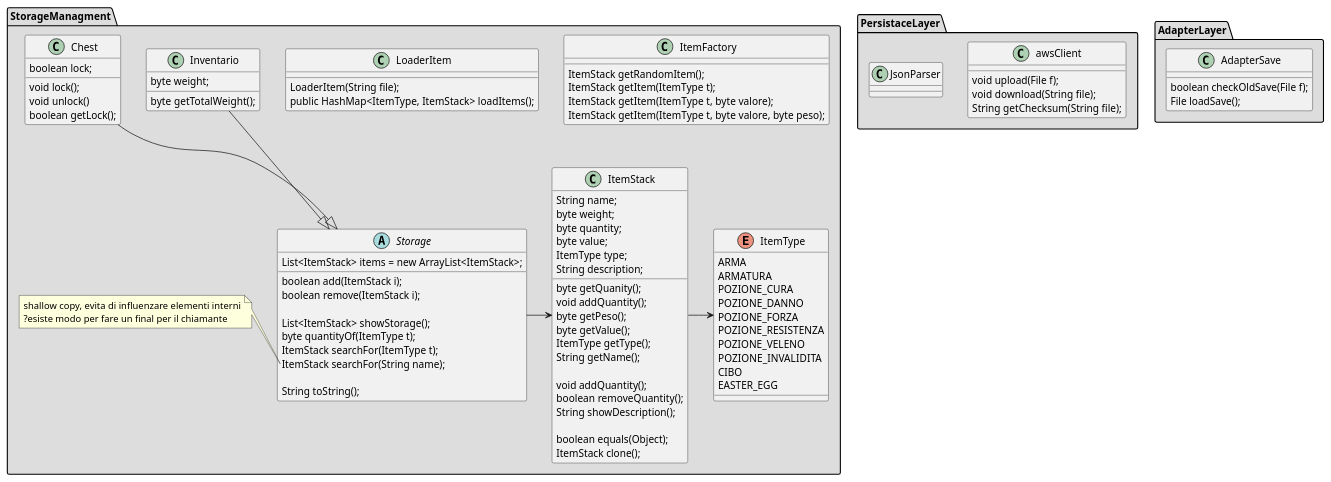
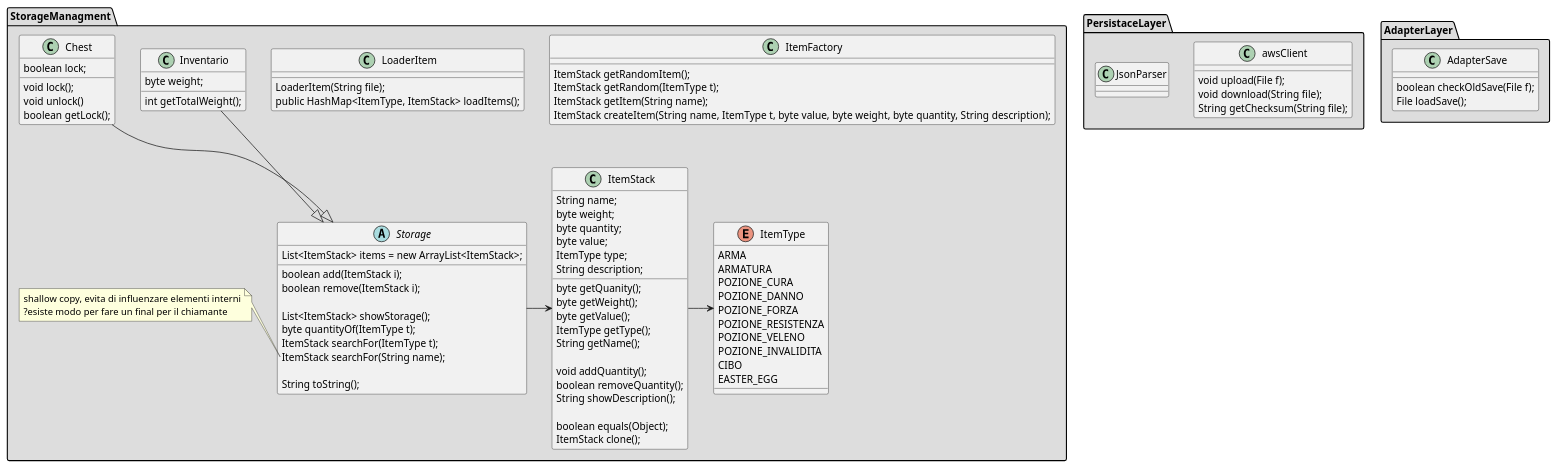
The diagram in DiagrammiUML/ClassDiagram(Storage-Persistance-Adapter).puml (PdP03/ACMD), drawn with PlantUML before and after one commit.

Commit message:
Update ClassDiagram(Storage-Persistance-Adapter).puml
Da storage:
-tolte delle ridondanze sui metodi
-messo getTotalWeight come int e non byte
-cambiato quasi tutti i metodi di ItemFactory

NOTA: se si creano oggetti personalizzati bisogna dire di salvarli

```diff
--- a/DiagrammiUML/ClassDiagram(Storage-Persistance-Adapter).puml
+++ b/DiagrammiUML/ClassDiagram(Storage-Persistance-Adapter).puml
@@ -1,114 +1,114 @@
 @startuml
 package "StorageManagment" #DDDDDD{  /'songole tipologie elementi'/
-class ItemFactory
+class ItemFactory      /'alloca oggetti prendendo da caratteristiche da file di configurazione'/
 {
   ItemStack getRandomItem();
-  ItemStack getItem(ItemType t);
-  ItemStack getItem(ItemType t, byte valore);
-  ItemStack getItem(ItemType t, byte valore, byte peso);
+  ItemStack getRandom(ItemType t);
+  ItemStack getItem(String name);
+  ItemStack createItem(String name, ItemType t, byte value, byte weight, byte quantity, String description); /'nel save si deve aggiungere questo dato'/
 }
 
-class LoaderItem{
+class LoaderItem{ /'crea stuttura comoda con tutta configurazione per il factory'/
   LoaderItem(String file);
   public HashMap<ItemType, ItemStack> loadItems();
 }
 
 class ItemStack {
   String name;
   byte weight;
   byte quantity;
   byte value;
   ItemType type;   
   String description;
    
   byte getQuanity();
-  void addQuantity();
-  byte getPeso();
+  byte getWeight();
   byte getValue();
   ItemType getType();
   String getName();
 
   void addQuantity();
   boolean removeQuantity();
   String showDescription();
 
   boolean equals(Object);
   ItemStack clone();
 }
 
 enum ItemType{
   ARMA
   ARMATURA
   POZIONE_CURA
   POZIONE_DANNO
   POZIONE_FORZA
   POZIONE_RESISTENZA
   POZIONE_VELENO
   POZIONE_INVALIDITA
   CIBO
   EASTER_EGG
 }
 
 /'gestione di infiniti item'/
 abstract Storage{   
   List<ItemStack> items = new ArrayList<ItemStack>;
 
   boolean add(ItemStack i);
   boolean remove(ItemStack i);
 
   List<ItemStack> showStorage();
   byte quantityOf(ItemType t);
   ItemStack searchFor(ItemType t);
   ItemStack searchFor(String name);
 
   String toString();
 }
 note left of Storage::"searchFor(String name)"
 shallow copy, evita di influenzare elementi interni
 ?esiste modo per fare un final per il chiamante
 end note
 
 class Inventario{
   byte weight;
-  byte getTotalWeight();
+  int getTotalWeight();
+/'overload di add e remove'/
 }
 
 class Chest{
   boolean lock;
   
   void lock();
   void unlock()
-  boolean getLock();
+  boolean getLock(); /'o meglio chiamarlo getState?'/
 
 }
 
 }
 Storage -> ItemStack 
 Inventario --|> Storage
 
 Chest --|> Storage
 ItemStack -> ItemType
 
 
 
 
 package PersistaceLayer #DDDDDD{
   class awsClient{
     void upload(File f);
     void download(String file);
     String getChecksum(String file);  
   }
 
   class JsonParser{
     
   }
   
 }
 
 package AdapterLayer #DDDDDD{
   class AdapterSave{
     boolean checkOldSave(File f);
     File loadSave(); /'file'/
   }
 }
 @enduml
```
